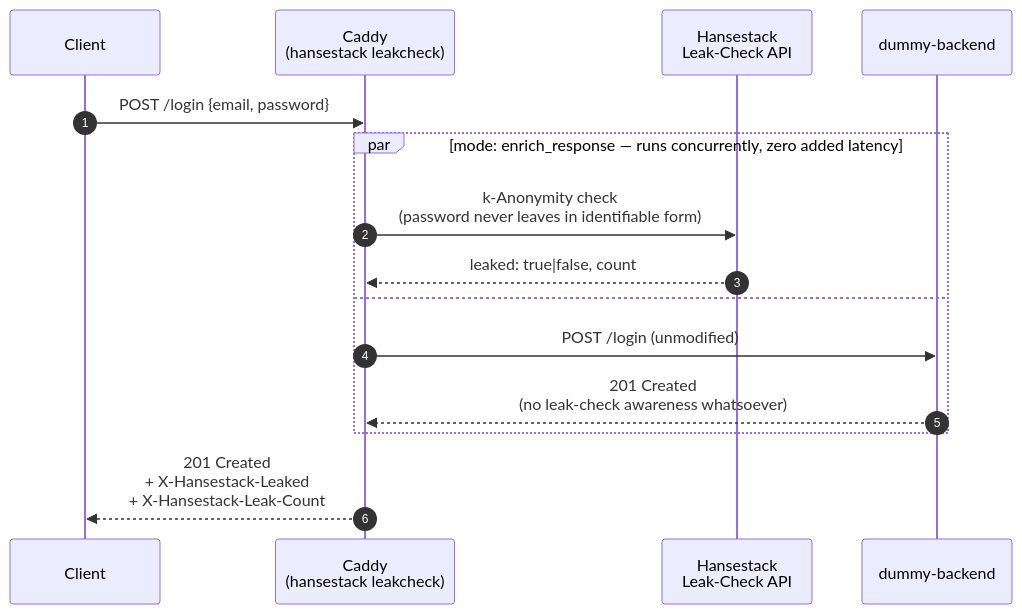
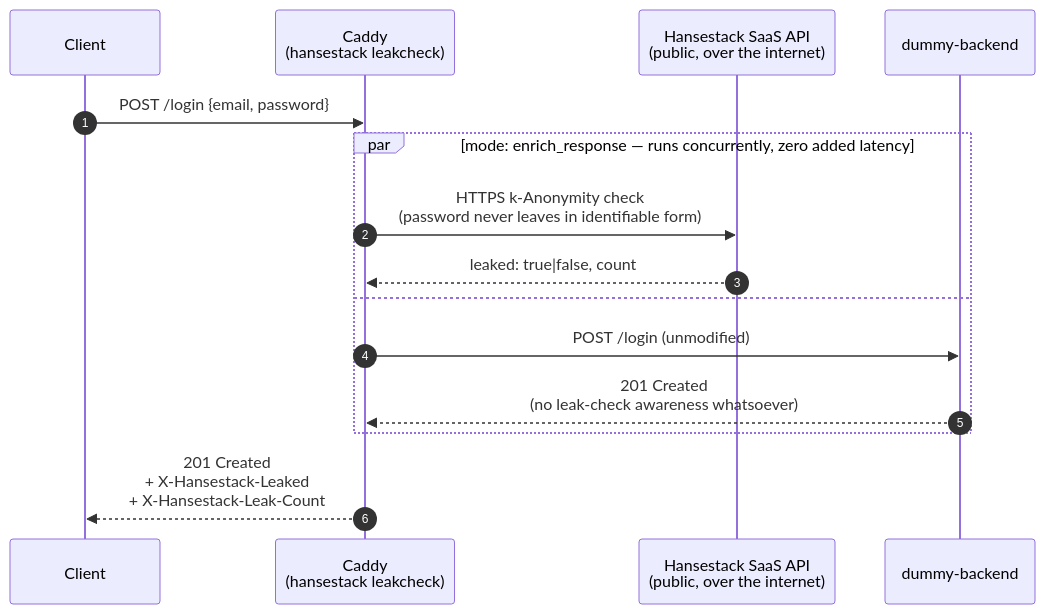
One commit to hansestack/leakcheck-caddy-demo changed the diagram in README.md. Above: the diagram before and after it, drawn with Mermaid. The commit also changed other lines of this file and 3 other files, not shown here.

````diff
--- a/README.md
+++ b/README.md
@@ -15,20 +15,20 @@
 ```mermaid
 sequenceDiagram
     autonumber
     participant Client
     participant Caddy as Caddy<br/>(hansestack leakcheck)
-    participant API as Hansestack<br/>Leak-Check API
+    participant API as Hansestack SaaS API<br/>(public, over the internet)
     participant Backend as dummy-backend
 
     Client->>Caddy: POST /login {email, password}
 
     par mode: enrich_response — runs concurrently, zero added latency
-        Caddy->>API: k-Anonymity check<br/>(password never leaves in identifiable form)
+        Caddy->>API: HTTPS k-Anonymity check<br/>(password never leaves in identifiable form)
         API-->>Caddy: leaked: true|false, count
     and
         Caddy->>Backend: POST /login (unmodified)
         Backend-->>Caddy: 201 Created<br/>(no leak-check awareness whatsoever)
     end
 
     Caddy-->>Client: 201 Created<br/>+ X-Hansestack-Leaked<br/>+ X-Hansestack-Leak-Count
 ```
````
